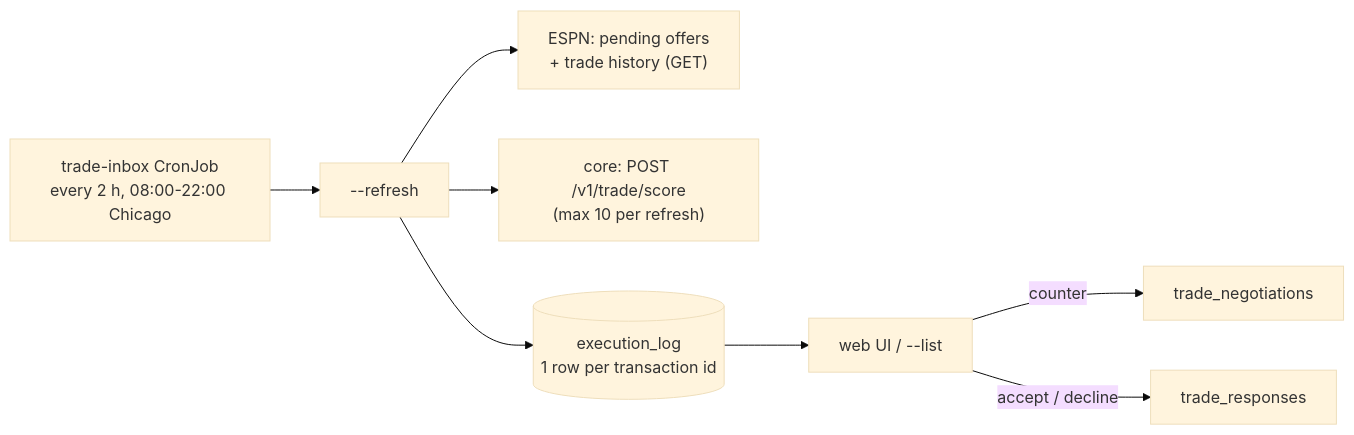
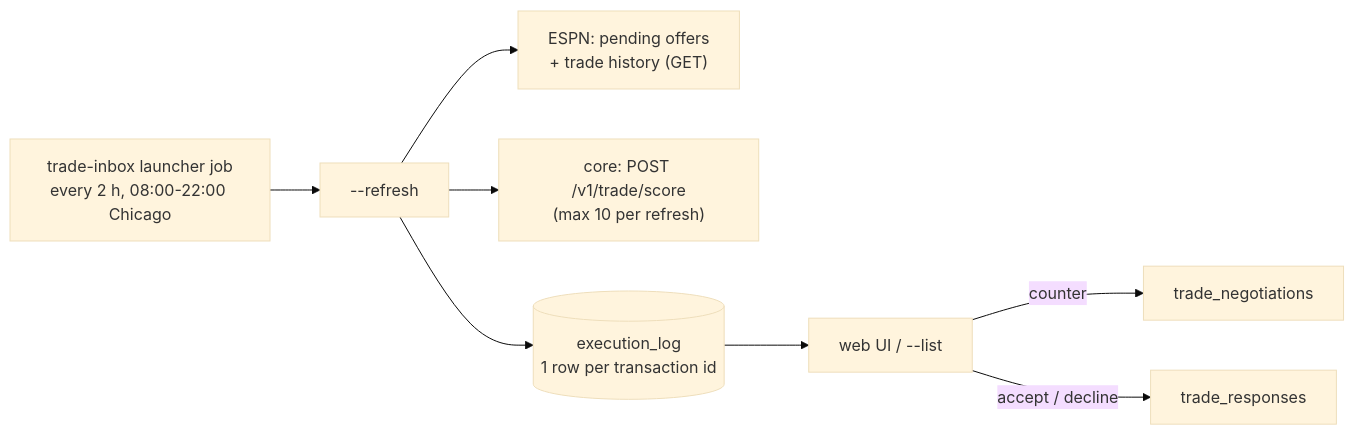
Before and after one commit to cvillarr23/fantasy-browser-worker: the diagram in docs/bots/trade-inbox.md, drawn with Mermaid (base theme). The commit also changed other lines of this file and 4 other files, not shown here.

First line of the commit message:
Describe the bot schedules as launcher jobs, not CronJobs (#249)

````diff
--- a/docs/bots/trade-inbox.md
+++ b/docs/bots/trade-inbox.md
@@ -9,10 +9,10 @@
 ```mermaid
 flowchart LR
-    cron["trade-inbox CronJob\nevery 2 h, 08:00-22:00 Chicago"] --> refresh["--refresh"]
+    cron["trade-inbox launcher job\nevery 2 h, 08:00-22:00 Chicago"] --> refresh["--refresh"]
     refresh --> espn["ESPN: pending offers\n+ trade history (GET)"]
     refresh --> score["core: POST /v1/trade/score\n(max 10 per refresh)"]
     refresh --> db[("execution_log\n1 row per transaction id")]
     db --> ui["web UI / --list"]
     ui -->|"counter"| neg["trade_negotiations"]
     ui -->|"accept / decline"| resp["trade_responses"]
 ```
````
